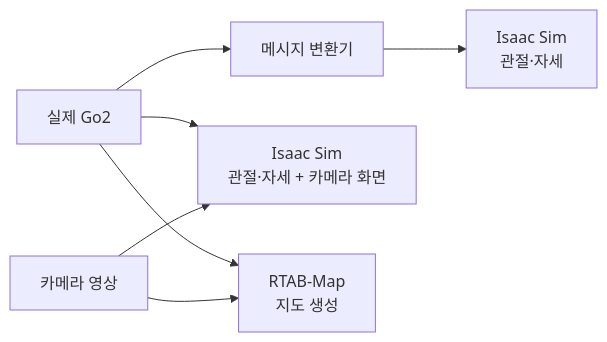
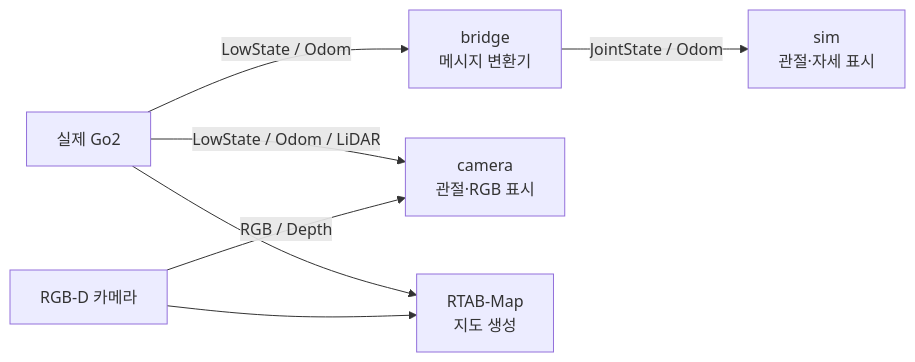
One commit to semin-Gwon/isaac_ws changed the diagram in README.md. Above: the diagram before and after it, drawn with Mermaid. The commit also changed other lines of this file and 8 other files, not shown here.

````diff
--- a/README.md
+++ b/README.md
@@ -15,9 +15,9 @@
 ```mermaid
 flowchart LR
-    robot["실제 Go2"] --> bridge["메시지 변환기"]
-    bridge --> sim["Isaac Sim<br/>관절·자세"]
-    robot --> camera["Isaac Sim<br/>관절·자세 + 카메라 화면"]
-    rgb["카메라 영상"] --> camera
+    robot["실제 Go2"] -->|LowState / Odom| bridge["bridge<br/>메시지 변환기"]
+    bridge -->|JointState / Odom| sim["sim<br/>관절·자세 표시"]
+    robot -->|LowState / Odom / LiDAR| camera["camera<br/>관절·RGB 표시"]
+    rgb["RGB-D 카메라"] -->|RGB / Depth| camera
     robot --> slam["RTAB-Map<br/>지도 생성"]
     rgb --> slam
 ```
````
